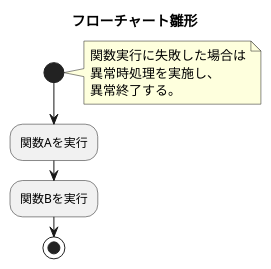
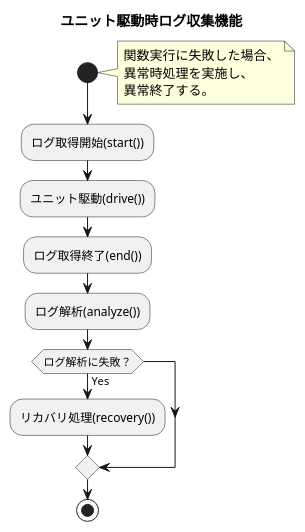
The diagram in test/spec.md (LooseMan/various_automation), drawn with PlantUML before and after one commit. The commit also changed 1 other file, not shown here.

````diff
--- a/test/spec.md
+++ b/test/spec.md
@@ -23,18 +23,22 @@
 ```plantuml
 @startuml
-title フローチャート雛形
+title ユニット駆動時ログ収集機能
 
 start
 
 note right
-  関数実行に失敗した場合は
+  関数実行に失敗した場合、
   異常時処理を実施し、
   異常終了する。
 end note
 
-:関数Aを実行;
-:関数Bを実行;
-
+:ログ取得開始(start());
+:ユニット駆動(drive());
+:ログ取得終了(end());
+:ログ解析(analyze());
+if (ログ解析に失敗？) then (Yes)
+  :リカバリ処理(recovery());
+endif
 stop
 @enduml
 ```
````
